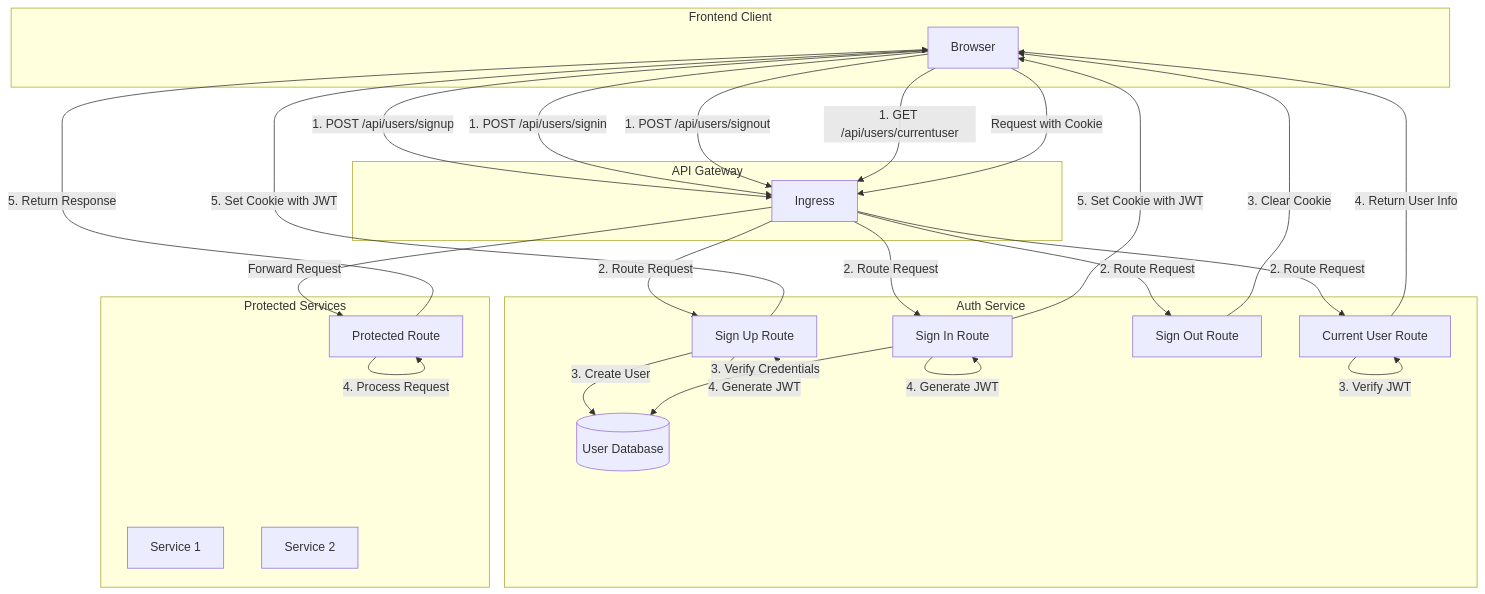
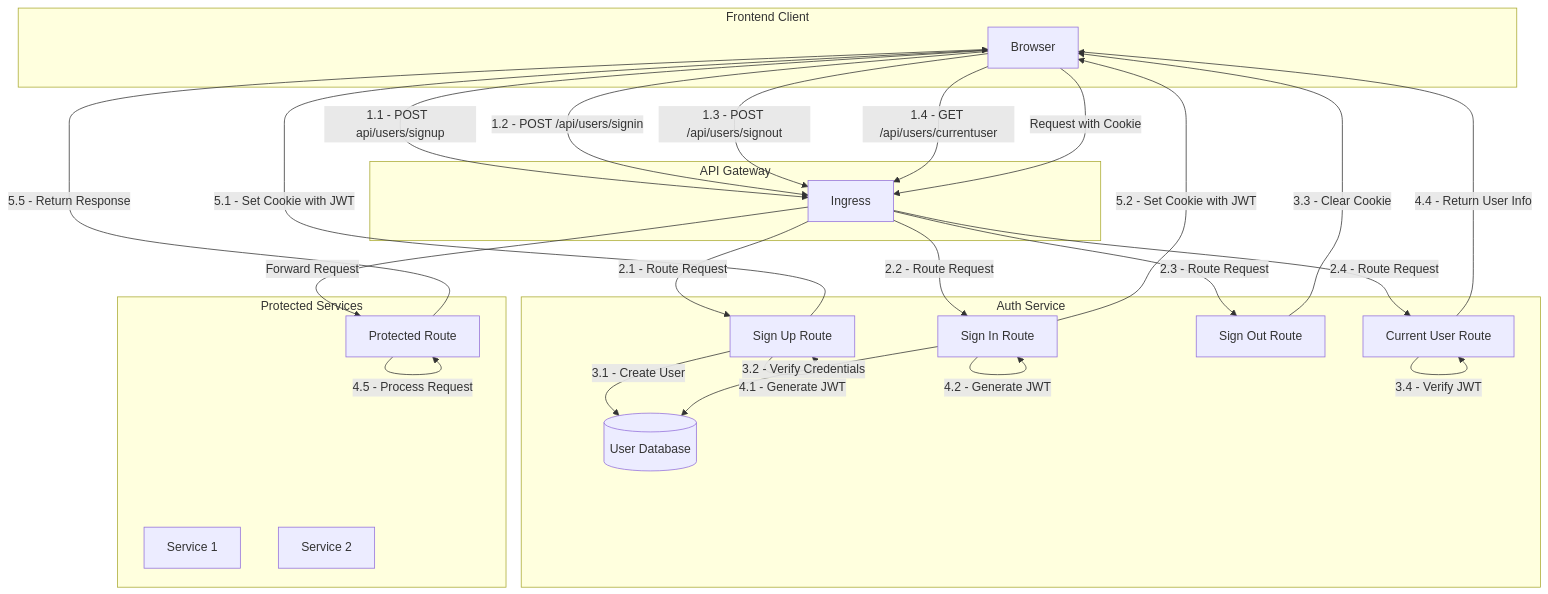
One commit to A1doranM/HowProgrammingWork changed the diagram in Microservices with Node and React/8. Authentication Strategies and Options/ticketing/README.md. Above: the diagram before and after it, drawn with Mermaid.

Commit message:
Microservices With NodeJS and React

````diff
--- a/Microservices with Node and React/8. Authentication Strategies and Options/ticketing/README.md
+++ b/Microservices with Node and React/8. Authentication Strategies and Options/ticketing/README.md
@@ -131,53 +131,53 @@
 ```mermaid
 graph TD
   subgraph "Frontend Client"
     Browser
   end
 
   subgraph "API Gateway"
     Ingress
   end
 
   subgraph "Auth Service"
     SignUp[Sign Up Route]
     SignIn[Sign In Route]
     SignOut[Sign Out Route]
     CurrentUser[Current User Route]
     UserDB[(User Database)]
   end
 
-  Browser -->|1. POST /api/users/signup| Ingress
-  Ingress -->|2. Route Request| SignUp
-  SignUp -->|3. Create User| UserDB
-  SignUp -->|4. Generate JWT| SignUp
-  SignUp -->|5. Set Cookie with JWT| Browser
+  Browser -->|1.1 - POST  api/users/signup| Ingress
+  Ingress -->|2.1 - Route Request| SignUp
+  SignUp -->|3.1 - Create User| UserDB
+  SignUp -->|4.1 - Generate JWT| SignUp
+  SignUp -->|5.1 - Set Cookie with JWT| Browser
 
-  Browser -->|1. POST /api/users/signin| Ingress
-  Ingress -->|2. Route Request| SignIn
-  SignIn -->|3. Verify Credentials| UserDB
-  SignIn -->|4. Generate JWT| SignIn
-  SignIn -->|5. Set Cookie with JWT| Browser
+  Browser -->|1.2 - POST /api/users/signin| Ingress
+  Ingress -->|2.2 - Route Request| SignIn
+  SignIn -->|3.2 - Verify Credentials| UserDB
+  SignIn -->|4.2 - Generate JWT| SignIn
+  SignIn -->|5.2 - Set Cookie with JWT| Browser
 
-  Browser -->|1. POST /api/users/signout| Ingress
-  Ingress -->|2. Route Request| SignOut
-  SignOut -->|3. Clear Cookie| Browser
+  Browser -->|1.3 - POST /api/users/signout| Ingress
+  Ingress -->|2.3 - Route Request| SignOut
+  SignOut -->|3.3 - Clear Cookie| Browser
 
-  Browser -->|1. GET /api/users/currentuser| Ingress
-  Ingress -->|2. Route Request| CurrentUser
-  CurrentUser -->|3. Verify JWT| CurrentUser
-  CurrentUser -->|4. Return User Info| Browser
+  Browser -->|1.4 - GET /api/users/currentuser| Ingress
+  Ingress -->|2.4 - Route Request| CurrentUser
+  CurrentUser -->|3.4 - Verify JWT| CurrentUser
+  CurrentUser -->|4.4 - Return User Info| Browser
 
   subgraph "Protected Services"
     Service1[Service 1]
     Service2[Service 2]
     ProtectedRoute[Protected Route]
   end
 
   Browser -->|Request with Cookie| Ingress
   Ingress -->|Forward Request| ProtectedRoute
-  ProtectedRoute -->|1. Extract JWT| ProtectedRoute
-  ProtectedRoute -->|2. Verify JWT| ProtectedRoute
-  ProtectedRoute -->|3. Check Authorization| ProtectedRoute
-  ProtectedRoute -->|4. Process Request| ProtectedRoute
-  ProtectedRoute -->|5. Return Response| Browser
+  ProtectedRoute -->|1.5 - Extract JWT| ProtectedRoute
+  ProtectedRoute -->|2.5 - Verify JWT| ProtectedRoute
+  ProtectedRoute -->|3.5 - Check Authorization| ProtectedRoute
+  ProtectedRoute -->|4.5 - Process Request| ProtectedRoute
+  ProtectedRoute -->|5.5 - Return Response| Browser
 ```
````
